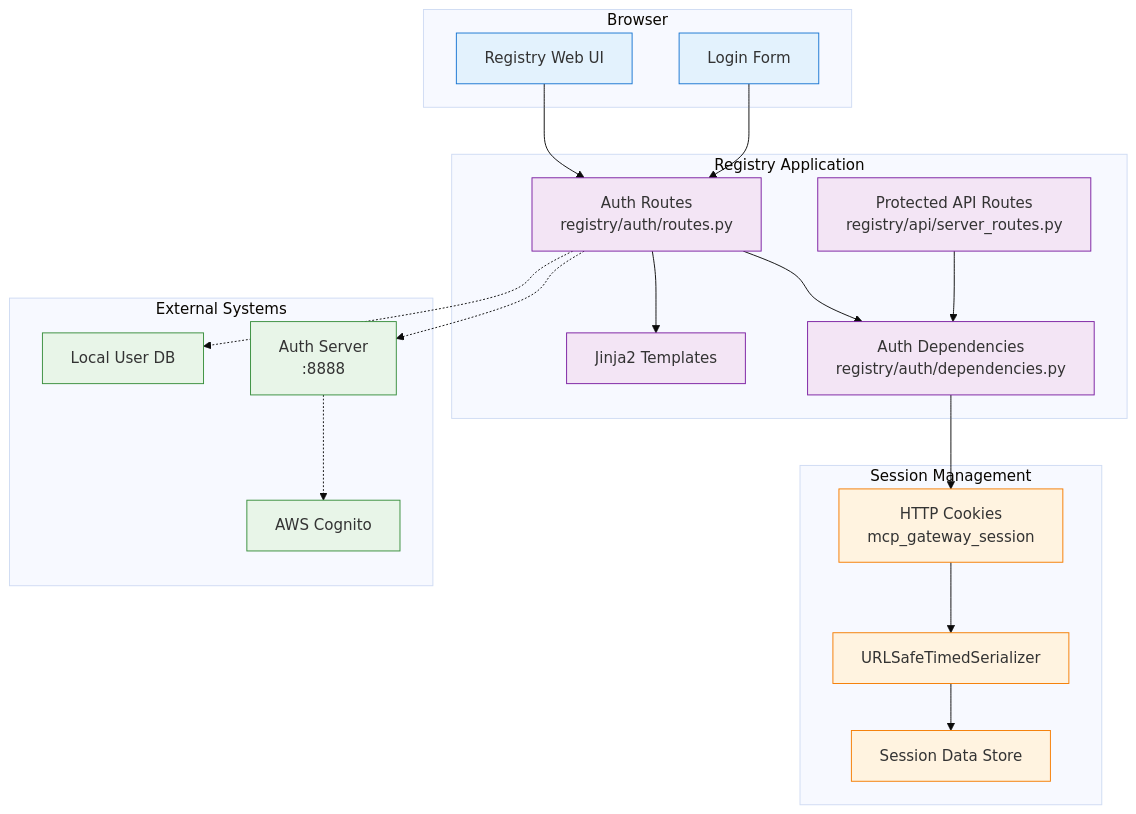
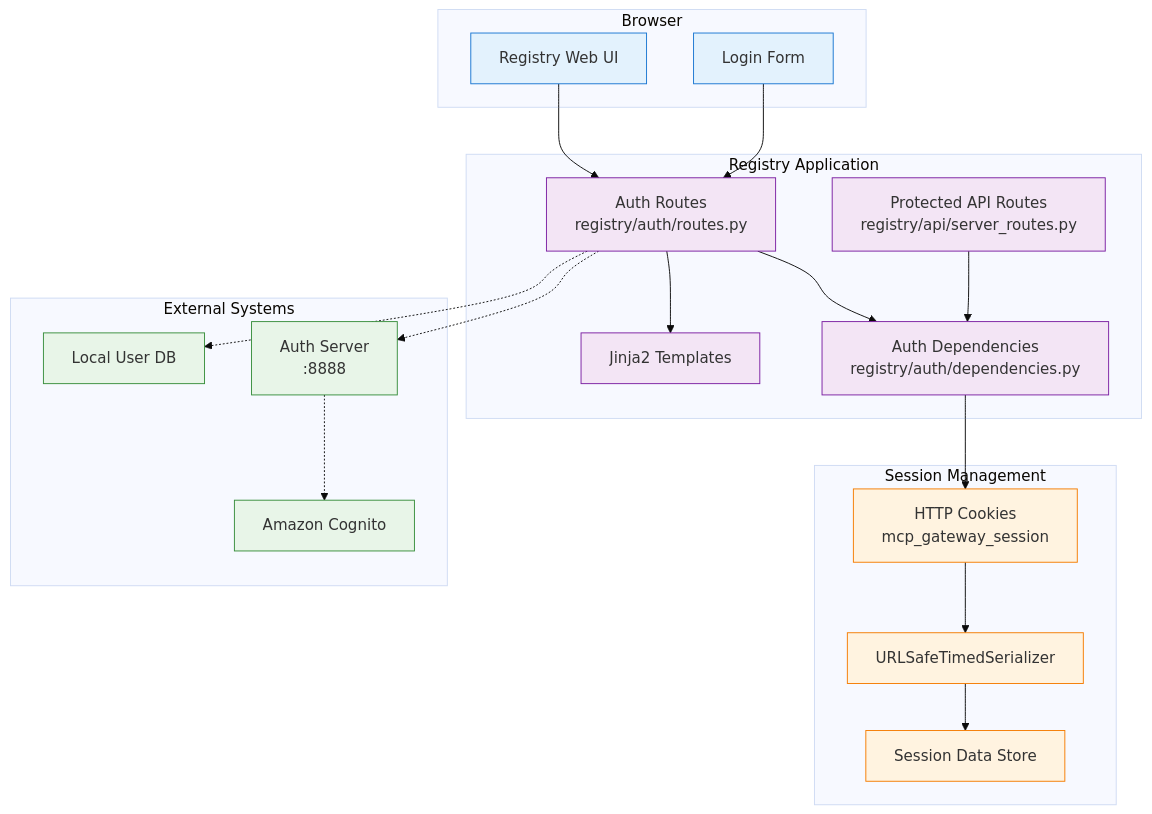
Before and after one commit to ascending-llc/mcp-gateway-registry: the first of 7 diagrams in docs/registry-auth-architecture.md, drawn with Mermaid (base theme). The commit also changed other lines of this file and 46 other files, not shown here.

````diff
--- a/docs/registry-auth-architecture.md
+++ b/docs/registry-auth-architecture.md
@@ -38,49 +38,49 @@
 ```mermaid
 graph TB
     subgraph "Browser"
         UI[Registry Web UI]
         LoginForm[Login Form]
     end
     
     subgraph "Registry Application"
         AuthRoutes[Auth Routes<br/>registry/auth/routes.py]
         AuthDeps[Auth Dependencies<br/>registry/auth/dependencies.py]
         ServerRoutes[Protected API Routes<br/>registry/api/server_routes.py]
         Templates[Jinja2 Templates]
     end
     
     subgraph "Session Management"
         Cookies[HTTP Cookies<br/>mcp_gateway_session]
         SessionSigner[URLSafeTimedSerializer]
         Sessions[Session Data Store]
     end
     
     subgraph "External Systems"
         AuthServer[Auth Server<br/>:8888]
-        Cognito[AWS Cognito]
+        Cognito[Amazon Cognito]
         LocalAuth[Local User DB]
     end
     
     UI --> AuthRoutes
     LoginForm --> AuthRoutes
     AuthRoutes --> AuthDeps
     AuthRoutes --> Templates
     ServerRoutes --> AuthDeps
     AuthDeps --> Cookies
     Cookies --> SessionSigner
     SessionSigner --> Sessions
     
     AuthRoutes -.-> AuthServer
     AuthServer -.-> Cognito
     AuthRoutes -.-> LocalAuth
     
     classDef browser fill:#e3f2fd,stroke:#1976d2
     classDef registry fill:#f3e5f5,stroke:#7b1fa2
     classDef session fill:#fff3e0,stroke:#f57c00
     classDef external fill:#e8f5e8,stroke:#388e3c
     
     class UI,LoginForm browser
     class AuthRoutes,AuthDeps,ServerRoutes,Templates registry
     class Cookies,SessionSigner,Sessions session
     class AuthServer,Cognito,LocalAuth external
 ```
````
